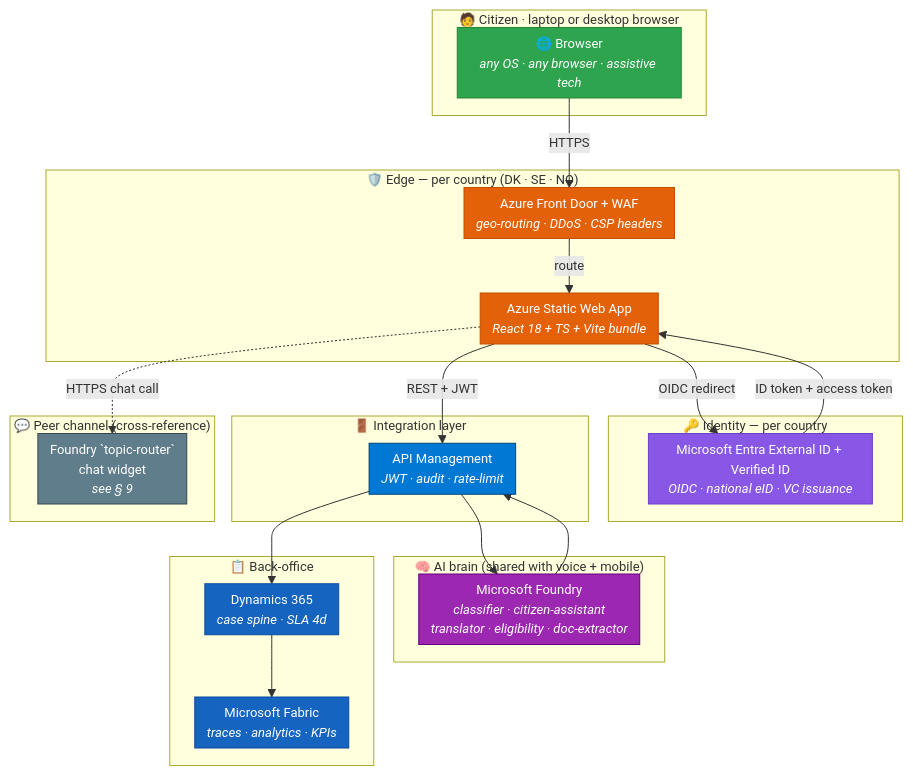
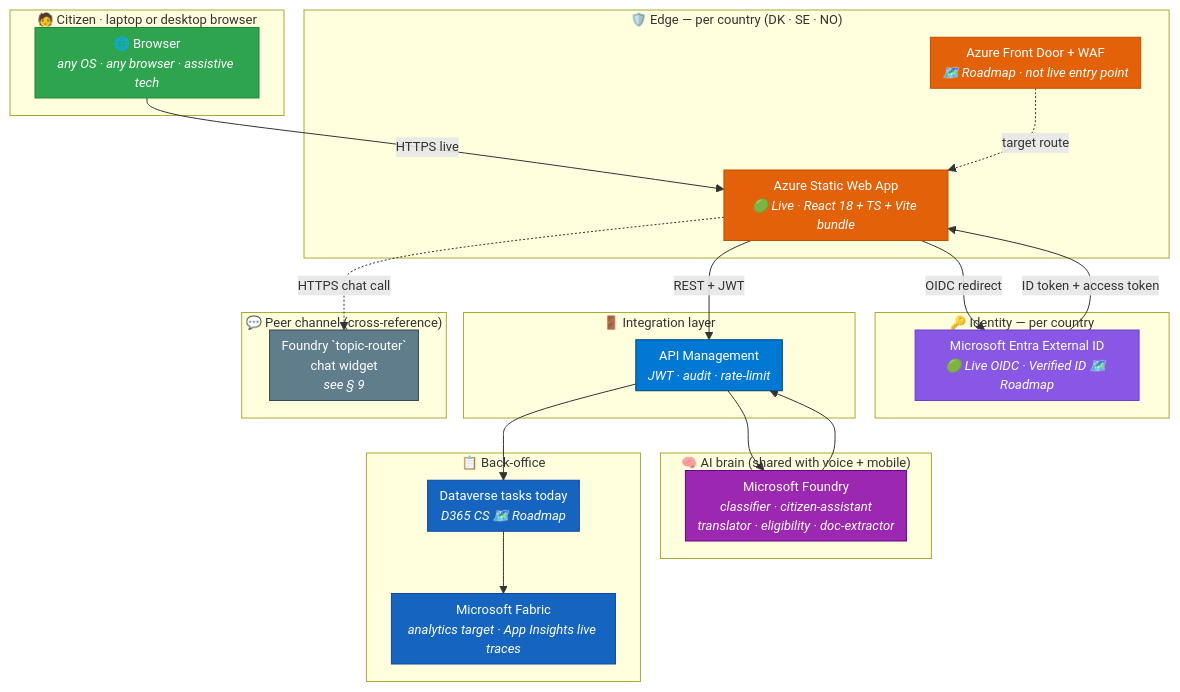
Before and after one commit to fredgis/UDCSP: the first of 4 diagrams in docs/biz/web.md, drawn with Mermaid. The commit also changed other lines of this file and 37 other files, not shown here.

````diff
--- a/docs/biz/web.md
+++ b/docs/biz/web.md
@@ -84,60 +97,60 @@
 ```mermaid
 %%{ init: { 'flowchart': { 'nodeSpacing': 30, 'rankSpacing': 35, 'padding': 6 }, 'themeVariables': { 'fontSize': '13px' } } }%%
 flowchart TB
     subgraph CITIZEN["🧑 Citizen · laptop or desktop browser"]
         BROWSER["🌐 Browser<br/><i>any OS · any browser · assistive tech</i>"]
     end
 
     subgraph EDGE["🛡️ Edge — per country (DK · SE · NO)"]
-        AFD["Azure Front Door + WAF<br/><i>geo-routing · DDoS · CSP headers</i>"]
-        SWA["Azure Static Web App<br/><i>React 18 + TS + Vite bundle</i>"]
+        AFD["Azure Front Door + WAF<br/><i>🗺️ Roadmap · not live entry point</i>"]
+        SWA["Azure Static Web App<br/><i>🟢 Live · React 18 + TS + Vite bundle</i>"]
     end
 
     subgraph AUTH["🔑 Identity — per country"]
-        EXTID["Microsoft Entra External ID + Verified ID<br/><i>OIDC · national eID · VC issuance</i>"]
+        EXTID["Microsoft Entra External ID<br/><i>🟢 Live OIDC · Verified ID 🗺️ Roadmap</i>"]
     end
 
     subgraph GATEWAY["🚪 Integration layer"]
         APIM["API Management<br/><i>JWT · audit · rate-limit</i>"]
     end
 
     subgraph BRAIN["🧠 AI brain (shared with voice + mobile)"]
         FOUNDRY["Microsoft Foundry<br/><i>classifier · citizen-assistant<br/>translator · eligibility · doc-extractor</i>"]
     end
 
     subgraph BACKOFFICE["📋 Back-office"]
-        D365["Dynamics 365<br/><i>case spine · SLA 4d</i>"]
-        FABRIC["Microsoft Fabric<br/><i>traces · analytics · KPIs</i>"]
+        D365["Dataverse tasks today<br/><i>D365 CS 🗺️ Roadmap</i>"]
+        FABRIC["Microsoft Fabric<br/><i>analytics target · App Insights live traces</i>"]
     end
 
     subgraph CHAT["💬 Peer channel (cross-reference)"]
         CS["Foundry `topic-router`<br/>chat widget<br/><i>see § 9</i>"]
     end
 
-    BROWSER -->|HTTPS| AFD
-    AFD -->|route| SWA
+    BROWSER -->|HTTPS live| SWA
+    AFD -.->|target route| SWA
     SWA -->|OIDC redirect| EXTID
     EXTID -->|ID token + access token| SWA
     SWA -->|REST + JWT| APIM
     APIM --> FOUNDRY
     FOUNDRY --> APIM
     APIM --> D365
     D365 --> FABRIC
     SWA -.->|HTTPS chat call| CS
 
     classDef edge fill:#e36209,stroke:#c24e00,color:#fff
     classDef auth fill:#8957e5,stroke:#6e40c9,color:#fff
     classDef gateway fill:#0078d4,stroke:#004578,color:#fff
     classDef brain fill:#9c27b0,stroke:#6a0080,color:#fff
     classDef back fill:#1565c0,stroke:#0d47a1,color:#fff
     classDef cit fill:#2ea44f,stroke:#238636,color:#fff
     classDef chat fill:#607d8b,stroke:#37474f,color:#fff
 
     class BROWSER cit
     class AFD,SWA edge
     class EXTID auth
     class APIM gateway
     class FOUNDRY brain
     class D365,FABRIC back
     class CS chat
 ```
````
